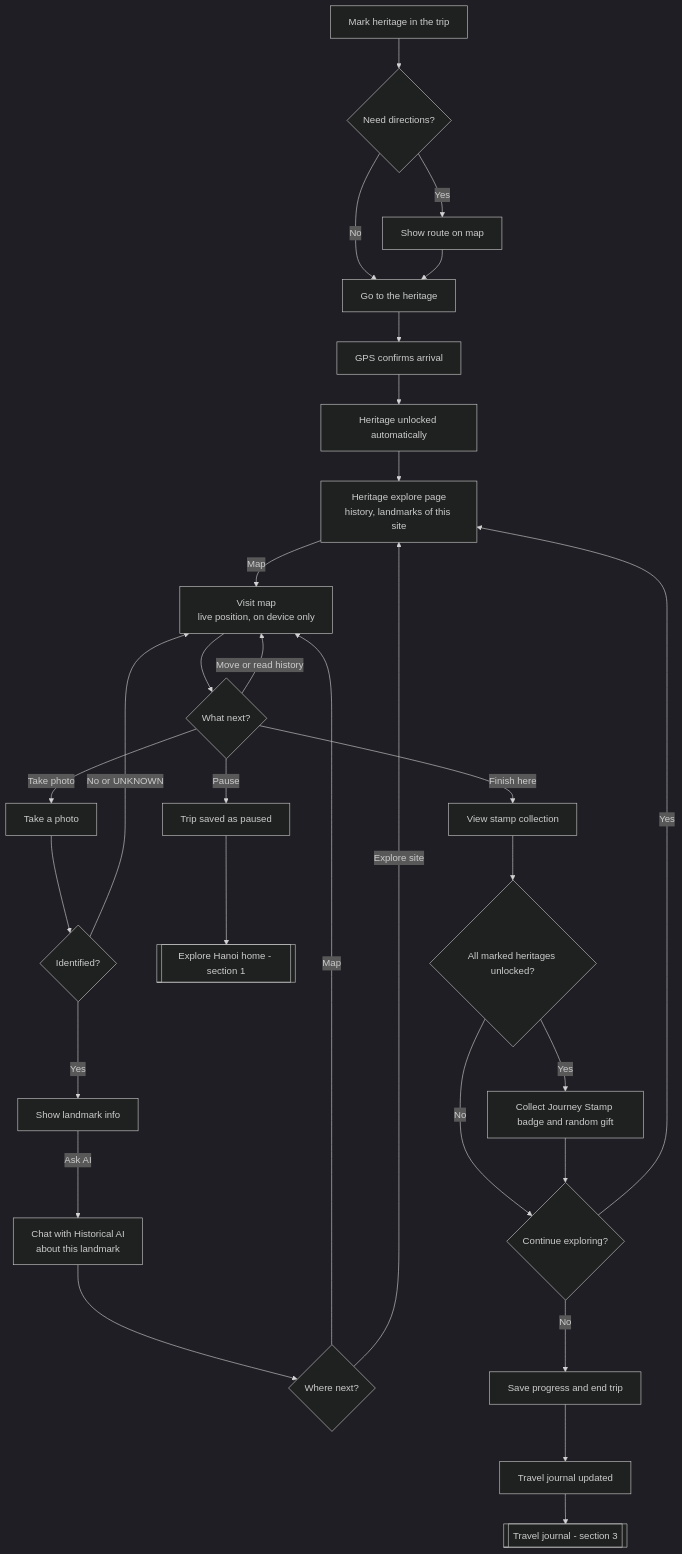
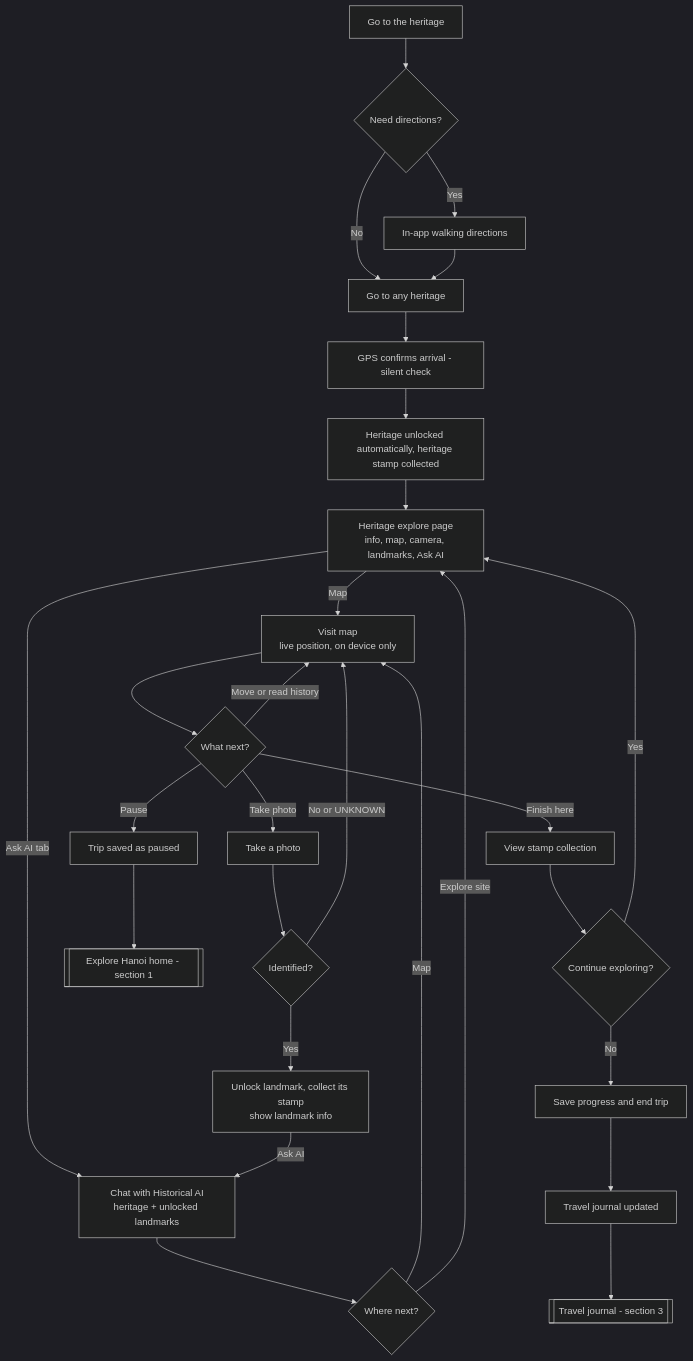
The second of 3 diagrams in docs/flows/user-flow.md (NMH1203/HanoiLens), drawn with Mermaid (dark theme) before and after one commit. The commit also changed other lines of this file and 24 other files, not shown here.

First line of the commit message:
docs: UI design system, stamp collection and in-app directions

````diff
--- a/docs/flows/user-flow.md
+++ b/docs/flows/user-flow.md
@@ -64,34 +64,31 @@
 ```mermaid
 flowchart TD
-    MARK[Mark heritage in the trip] --> DIR{Need directions?}
-    DIR -- Yes --> ROUTE[Show route on map]
-    DIR -- No --> TRAVEL[Go to the heritage]
+    GOTO[Go to the heritage] --> DIR{Need directions?}
+    DIR -- Yes --> ROUTE[In-app walking directions]
+    DIR -- No --> TRAVEL[Go to any heritage]
     ROUTE --> TRAVEL
-    TRAVEL --> ARRIVE[GPS confirms arrival]
-    ARRIVE --> UNLOCK[Heritage unlocked automatically]
-    UNLOCK --> SITE["Heritage explore page<br/>history, landmarks of this site"]
+    TRAVEL --> ARRIVE[GPS confirms arrival - silent check]
+    ARRIVE --> UNLOCK[Heritage unlocked automatically, heritage stamp collected]
+    UNLOCK --> SITE["Heritage explore page<br/>info, map, camera, landmarks, Ask AI"]
     SITE -- Map --> VISITMAP["Visit map<br/>live position, on device only"]
+    SITE -- Ask AI tab --> ASK
 
     VISITMAP --> NEXT{What next?}
     NEXT -- Move or read history --> VISITMAP
     NEXT -- Take photo --> PHOTO[Take a photo]
     PHOTO --> IDENT{Identified?}
     IDENT -- No or UNKNOWN --> VISITMAP
-    IDENT -- Yes --> RESULT[Show landmark info]
-    RESULT -- Ask AI --> ASK["Chat with Historical AI<br/>about this landmark"]
+    IDENT -- Yes --> RESULT["Unlock landmark, collect its stamp<br/>show landmark info"]
+    RESULT -- Ask AI --> ASK["Chat with Historical AI<br/>heritage + unlocked landmarks"]
     ASK --> WHERE{Where next?}
     WHERE -- Map --> VISITMAP
     WHERE -- Explore site --> SITE
     NEXT -- Pause --> PAUSE[Trip saved as paused]
     PAUSE --> EXPLORE[[Explore Hanoi home - section 1]]
     NEXT -- Finish here --> STAMP[View stamp collection]
-    STAMP --> ALL{All marked heritages unlocked?}
-
-    ALL -- Yes --> GIFT[Collect Journey Stamp badge and random gift]
-    ALL -- No --> CONT{Continue exploring?}
-    GIFT --> CONT
+    STAMP --> CONT{Continue exploring?}
     CONT -- Yes --> SITE
     CONT -- No --> SAVE[Save progress and end trip]
     SAVE --> UPDATE[Travel journal updated]
     UPDATE --> JOURNAL[[Travel journal - section 3]]
 ```
````
